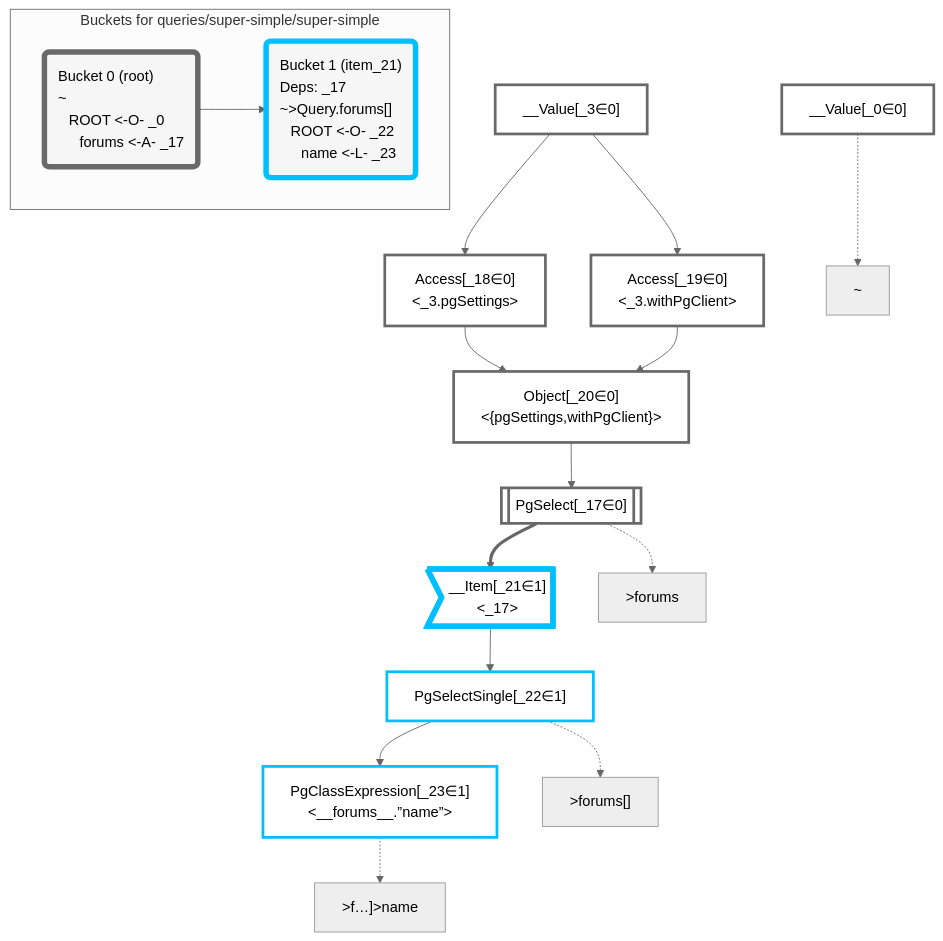
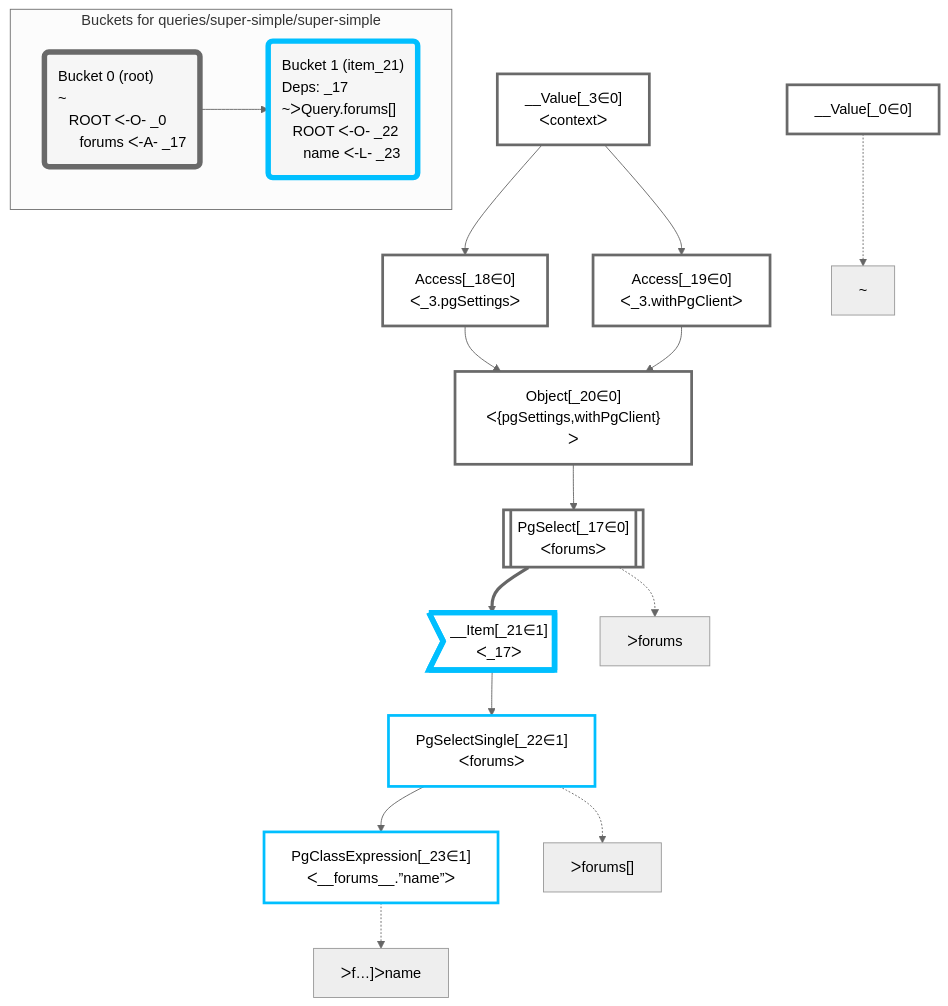
The diagram in packages/dataplan-pg/__tests__/queries/super-simple/super-simple.mermaid.md (graphile/crystal), drawn with Mermaid (neutral theme) before and after one commit. The commit also changed 195 other files, not shown here.

````diff
--- a/packages/dataplan-pg/__tests__/queries/super-simple/super-simple.mermaid.md
+++ b/packages/dataplan-pg/__tests__/queries/super-simple/super-simple.mermaid.md
@@ -1,54 +1,54 @@
 ```mermaid
 graph TD
     classDef path fill:#eee,stroke:#000,color:#000
     classDef plan fill:#fff,stroke-width:3px,color:#000
     classDef itemplan fill:#fff,stroke-width:6px,color:#000
     classDef sideeffectplan fill:#f00,stroke-width:6px,color:#000
     classDef bucket fill:#f6f6f6,color:#000,stroke-width:6px,text-align:left
 
 
     %% define plans
     __Value_0["__Value[_0∈0]"]:::plan
-    __Value_3["__Value[_3∈0]<br /><context>"]:::plan
-    PgSelect_17[["PgSelect[_17∈0]<br /><forums>"]]:::plan
-    Access_18["Access[_18∈0]<br /><_3.pgSettings>"]:::plan
-    Access_19["Access[_19∈0]<br /><_3.withPgClient>"]:::plan
-    Object_20["Object[_20∈0]<br /><{pgSettings,withPgClient}>"]:::plan
-    __Item_21>"__Item[_21∈1]<br /><_17>"]:::itemplan
-    PgSelectSingle_22["PgSelectSingle[_22∈1]<br /><forums>"]:::plan
-    PgClassExpression_23["PgClassExpression[_23∈1]<br /><__forums__.”name”>"]:::plan
+    __Value_3["__Value[_3∈0]<br />ᐸcontextᐳ"]:::plan
+    PgSelect_17[["PgSelect[_17∈0]<br />ᐸforumsᐳ"]]:::plan
+    Access_18["Access[_18∈0]<br />ᐸ_3.pgSettingsᐳ"]:::plan
+    Access_19["Access[_19∈0]<br />ᐸ_3.withPgClientᐳ"]:::plan
+    Object_20["Object[_20∈0]<br />ᐸ{pgSettings,withPgClient}ᐳ"]:::plan
+    __Item_21>"__Item[_21∈1]<br />ᐸ_17ᐳ"]:::itemplan
+    PgSelectSingle_22["PgSelectSingle[_22∈1]<br />ᐸforumsᐳ"]:::plan
+    PgClassExpression_23["PgClassExpression[_23∈1]<br />ᐸ__forums__.”name”ᐳ"]:::plan
 
     %% plan dependencies
     Object_20 --> PgSelect_17
     __Value_3 --> Access_18
     __Value_3 --> Access_19
     Access_18 --> Object_20
     Access_19 --> Object_20
     PgSelect_17 ==> __Item_21
     __Item_21 --> PgSelectSingle_22
     PgSelectSingle_22 --> PgClassExpression_23
 
     %% plan-to-path relationships
     P_0["~"]
     __Value_0 -.-> P_0
-    P_17[">forums"]
+    P_17["ᐳforums"]
     PgSelect_17 -.-> P_17
-    P_22[">forums[]"]
+    P_22["ᐳforums[]"]
     PgSelectSingle_22 -.-> P_22
-    P_23[">f…]>name"]
+    P_23["ᐳf…]ᐳname"]
     PgClassExpression_23 -.-> P_23
 
     %% allocate buckets
     classDef bucket0 stroke:#696969
     class __Value_0,__Value_3,PgSelect_17,Access_18,Access_19,Object_20 bucket0
     classDef bucket1 stroke:#00bfff
     class __Item_21,PgSelectSingle_22,PgClassExpression_23 bucket1
 
     subgraph "Buckets for queries/super-simple/super-simple"
-    Bucket0("Bucket 0 (root)<br />~<br />⠀ROOT <-O- _0<br />⠀⠀forums <-A- _17"):::bucket
+    Bucket0("Bucket 0 (root)<br />~<br />⠀ROOT ᐸ-O- _0<br />⠀⠀forums ᐸ-A- _17"):::bucket
     style Bucket0 stroke:#696969
-    Bucket1("Bucket 1 (item_21)<br />Deps: _17<br />~>Query.forums[]<br />⠀ROOT <-O- _22<br />⠀⠀name <-L- _23"):::bucket
+    Bucket1("Bucket 1 (item_21)<br />Deps: _17<br />~ᐳQuery.forums[]<br />⠀ROOT ᐸ-O- _22<br />⠀⠀name ᐸ-L- _23"):::bucket
     style Bucket1 stroke:#00bfff
     Bucket0 --> Bucket1
     end
 ```
````
